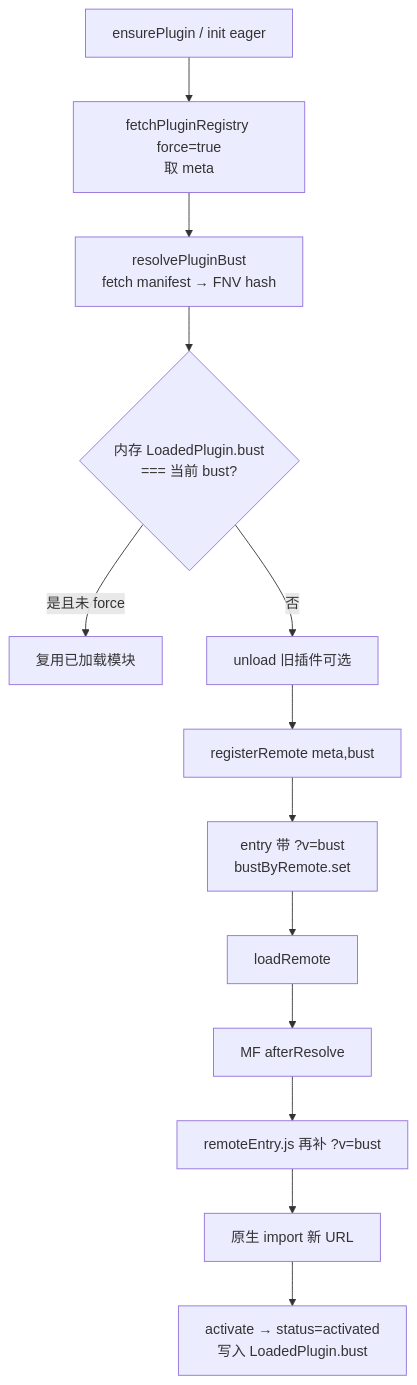
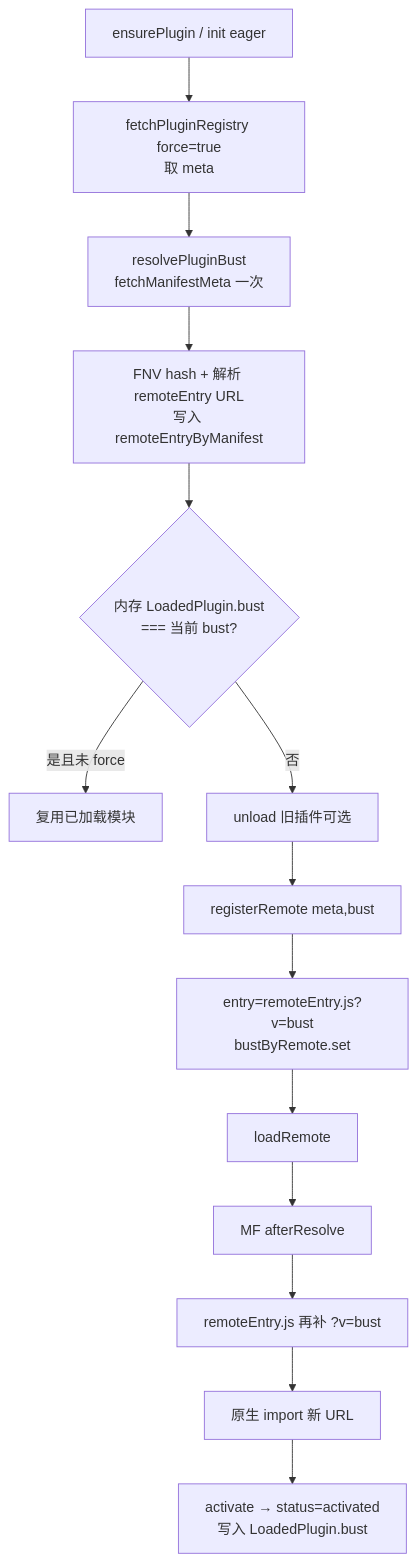
One commit to dnhyxc/dnhyxc-ai changed the fourth of 6 diagrams in apps/frontend/src/plugins/docs/mf-implementation-guide.md. Above: the diagram before and after it, drawn with Mermaid. The commit also changed other lines of this file and 11 other files, not shown here.

````diff
--- a/apps/frontend/src/plugins/docs/mf-implementation-guide.md
+++ b/apps/frontend/src/plugins/docs/mf-implementation-guide.md
@@ -2584,15 +2680,16 @@
 ```mermaid
 flowchart TD
   A[ensurePlugin / init eager] --> B[fetchPluginRegistry force=true<br/>取 meta]
-  B --> C[resolvePluginBust<br/>fetch manifest → FNV hash]
-  C --> D{内存 LoadedPlugin.bust<br/>=== 当前 bust?}
+  B --> C[resolvePluginBust<br/>fetchManifestMeta 一次]
+  C --> C2[FNV hash + 解析 remoteEntry URL<br/>写入 remoteEntryByManifest]
+  C2 --> D{内存 LoadedPlugin.bust<br/>=== 当前 bust?}
   D -->|是且未 force| E[复用已加载模块]
   D -->|否| F[unload 旧插件可选]
   F --> G[registerRemote meta,bust]
-  G --> H[entry 带 ?v=bust<br/>bustByRemote.set]
+  G --> H[entry=remoteEntry.js?v=bust<br/>bustByRemote.set]
   H --> I[loadRemote]
   I --> J[MF afterResolve]
   J --> K[remoteEntry.js 再补 ?v=bust]
   K --> L[原生 import 新 URL]
   L --> M[activate → status=activated<br/>写入 LoadedPlugin.bust]
 ```
````
